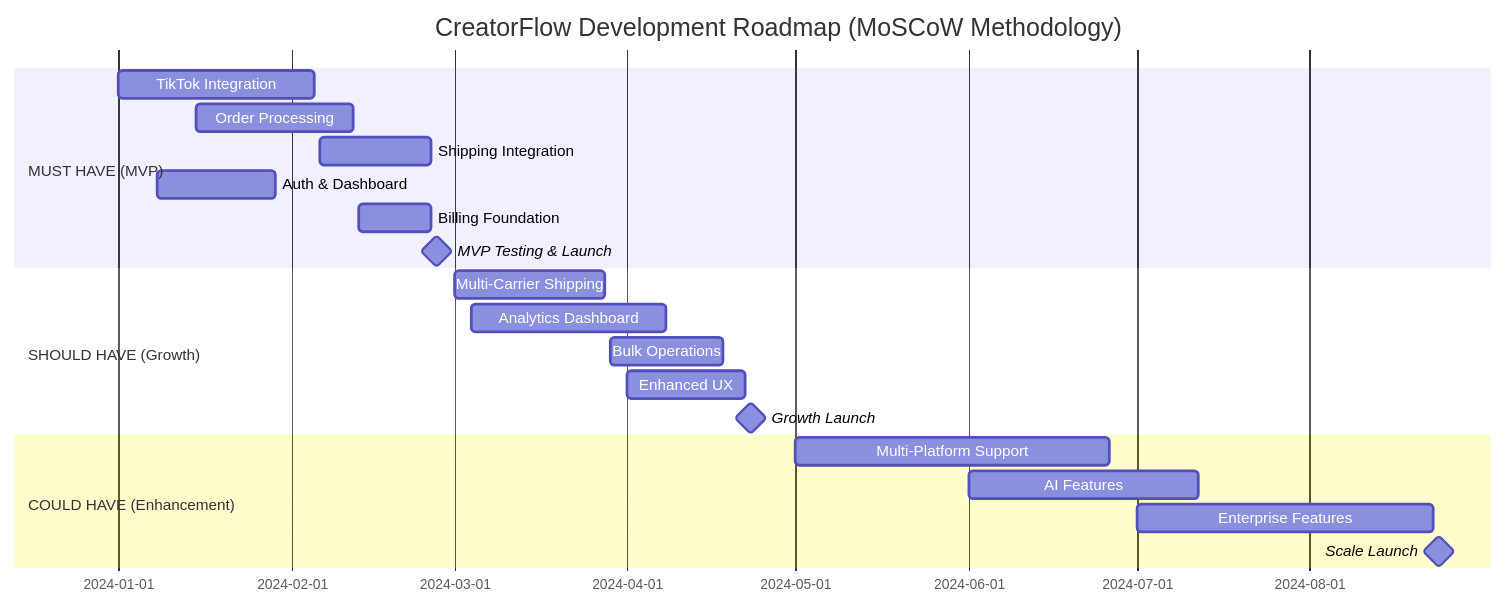
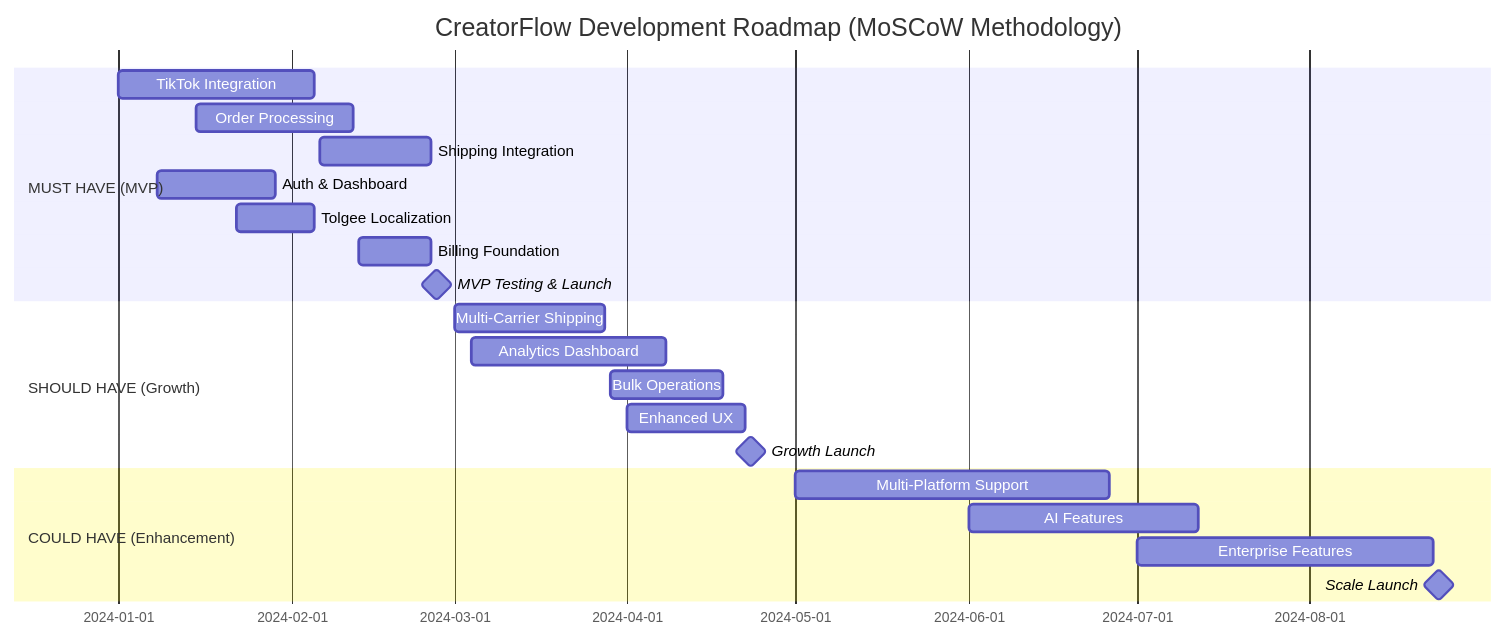
One commit to ai-rio/creator-flow changed the first of 4 diagrams in docs/development/moscow-methodology/02-implementation/I001-DRAFT-roadmap.md. Above: the diagram before and after it, drawn with Mermaid. The commit also changed other lines of this file, not shown here.

First line of the commit message:
fix: align roadmap timeline with localization strategy implementation

````diff
--- a/docs/development/moscow-methodology/02-implementation/I001-DRAFT-roadmap.md
+++ b/docs/development/moscow-methodology/02-implementation/I001-DRAFT-roadmap.md
@@ -37,25 +37,26 @@
 ```mermaid
 gantt
     title CreatorFlow Development Roadmap (MoSCoW Methodology)
     dateFormat  YYYY-MM-DD
     section MUST HAVE (MVP)
     TikTok Integration     :must1, 2024-01-01, 2024-02-05
     Order Processing       :must2, 2024-01-15, 2024-02-12
     Shipping Integration   :must3, 2024-02-06, 2024-02-26
     Auth & Dashboard       :must4, 2024-01-08, 2024-01-29
-    Billing Foundation     :must5, 2024-02-13, 2024-02-26
+    Tolgee Localization    :must5, 2024-01-22, 2024-02-05
+    Billing Foundation     :must6, 2024-02-13, 2024-02-26
     MVP Testing & Launch   :milestone, mvp, 2024-02-27, 0d
     
     section SHOULD HAVE (Growth)
     Multi-Carrier Shipping :should1, 2024-03-01, 2024-03-28
     Analytics Dashboard    :should2, 2024-03-04, 2024-04-08
     Bulk Operations        :should3, 2024-03-29, 2024-04-18
     Enhanced UX            :should4, 2024-04-01, 2024-04-22
     Growth Launch          :milestone, growth, 2024-04-23, 0d
     
     section COULD HAVE (Enhancement)
     Multi-Platform Support :could1, 2024-05-01, 2024-06-26
     AI Features            :could2, 2024-06-01, 2024-07-12
     Enterprise Features    :could3, 2024-07-01, 2024-08-23
     Scale Launch           :milestone, scale, 2024-08-24, 0d
 ```
````
